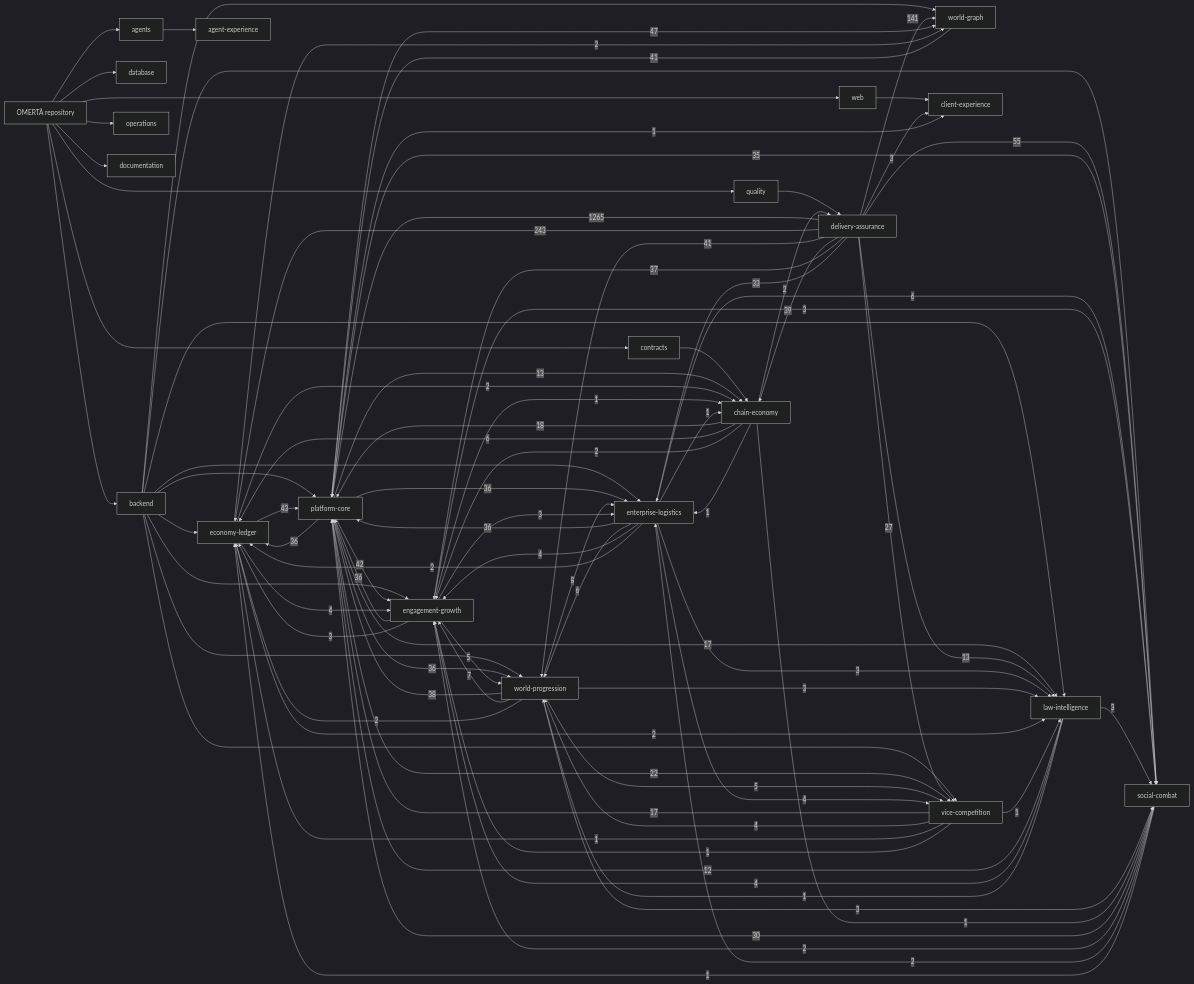
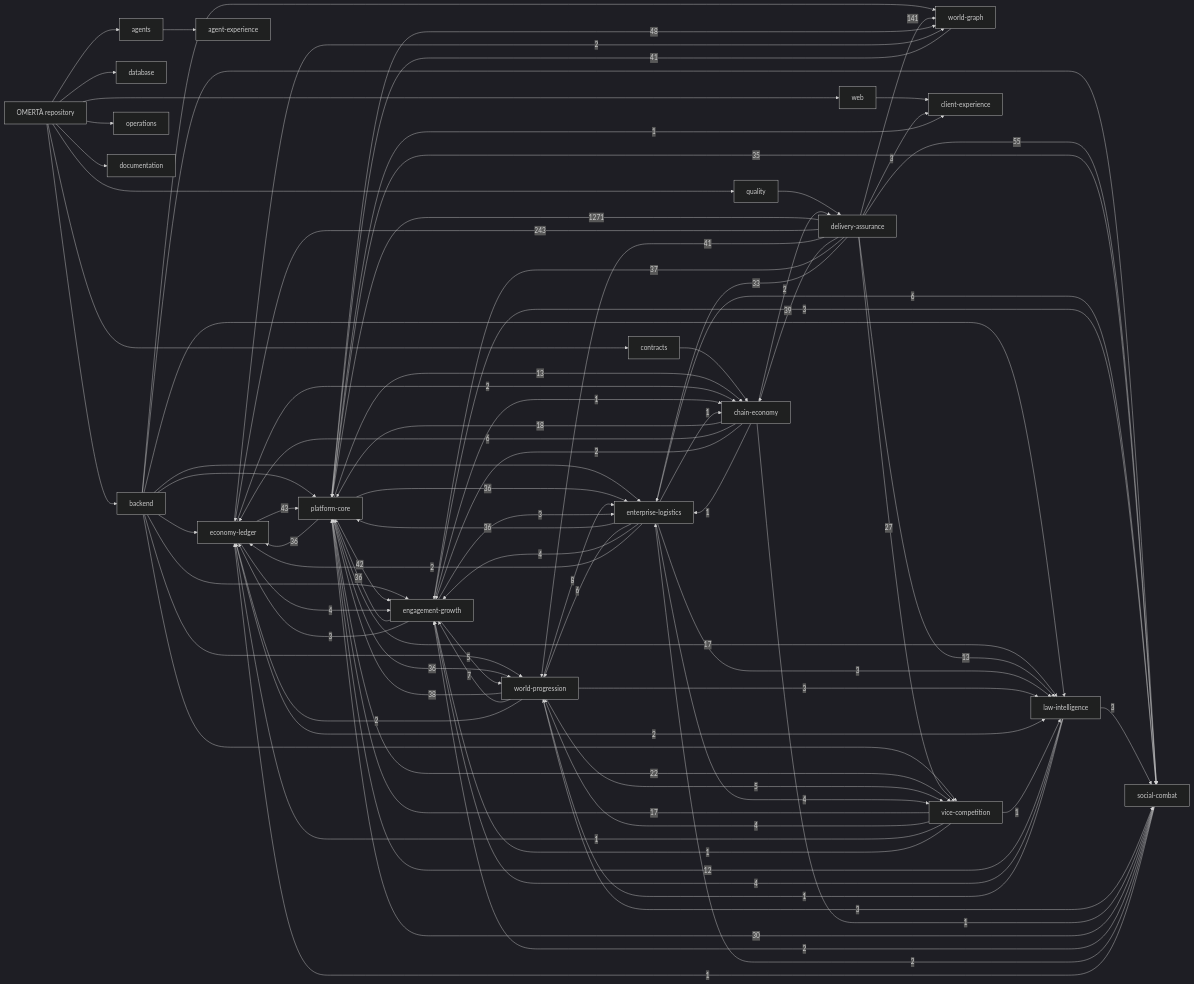
One commit to OmertaDev/Omerta changed the diagram in knowledge/generated/graph.mmd. Above: the diagram before and after it, drawn with Mermaid (dark theme). The commit also changed 8 other files, not shown here.

```diff
--- a/knowledge/generated/graph.mmd
+++ b/knowledge/generated/graph.mmd
@@ -1,111 +1,111 @@
 flowchart LR
   repo["OMERTÀ repository"]
   sub_backend["backend"]
   repo --> sub_backend
   sub_database["database"]
   repo --> sub_database
   sub_web["web"]
   repo --> sub_web
   sub_contracts["contracts"]
   repo --> sub_contracts
   sub_agents["agents"]
   repo --> sub_agents
   sub_quality["quality"]
   repo --> sub_quality
   sub_operations["operations"]
   repo --> sub_operations
   sub_documentation["documentation"]
   repo --> sub_documentation
   dom_platform-core["platform-core"]
   dom_economy-ledger["economy-ledger"]
   dom_social-combat["social-combat"]
   dom_world-progression["world-progression"]
   dom_world-graph["world-graph"]
   dom_enterprise-logistics["enterprise-logistics"]
   dom_vice-competition["vice-competition"]
   dom_law-intelligence["law-intelligence"]
   dom_chain-economy["chain-economy"]
   dom_engagement-growth["engagement-growth"]
   dom_client-experience["client-experience"]
   dom_agent-experience["agent-experience"]
   dom_delivery-assurance["delivery-assurance"]
   sub_agents --> dom_agent-experience
   sub_backend --> dom_economy-ledger
   sub_backend --> dom_engagement-growth
   sub_backend --> dom_enterprise-logistics
   sub_backend --> dom_law-intelligence
   sub_backend --> dom_platform-core
   sub_backend --> dom_social-combat
   sub_backend --> dom_vice-competition
   sub_backend --> dom_world-graph
   sub_backend --> dom_world-progression
   sub_contracts --> dom_chain-economy
   sub_quality --> dom_delivery-assurance
   sub_web --> dom_client-experience
-  dom_delivery-assurance -->|1265| dom_platform-core
+  dom_delivery-assurance -->|1271| dom_platform-core
   dom_delivery-assurance -->|243| dom_economy-ledger
   dom_delivery-assurance -->|141| dom_world-graph
   dom_delivery-assurance -->|55| dom_social-combat
-  dom_platform-core -->|47| dom_world-graph
+  dom_platform-core -->|48| dom_world-graph
   dom_economy-ledger -->|43| dom_platform-core
   dom_platform-core -->|42| dom_engagement-growth
   dom_delivery-assurance -->|41| dom_world-progression
   dom_world-graph -->|41| dom_platform-core
   dom_delivery-assurance -->|39| dom_chain-economy
   dom_world-progression -->|38| dom_platform-core
   dom_delivery-assurance -->|37| dom_engagement-growth
   dom_engagement-growth -->|36| dom_platform-core
   dom_enterprise-logistics -->|36| dom_platform-core
   dom_platform-core -->|36| dom_economy-ledger
   dom_platform-core -->|36| dom_enterprise-logistics
   dom_platform-core -->|36| dom_world-progression
   dom_platform-core -->|35| dom_social-combat
   dom_delivery-assurance -->|33| dom_enterprise-logistics
   dom_social-combat -->|30| dom_platform-core
   dom_delivery-assurance -->|27| dom_vice-competition
   dom_platform-core -->|22| dom_vice-competition
   dom_chain-economy -->|18| dom_platform-core
   dom_platform-core -->|17| dom_law-intelligence
   dom_vice-competition -->|17| dom_platform-core
   dom_delivery-assurance -->|13| dom_law-intelligence
   dom_platform-core -->|13| dom_chain-economy
   dom_law-intelligence -->|12| dom_platform-core
   dom_world-progression -->|8| dom_enterprise-logistics
   dom_world-progression -->|7| dom_engagement-growth
   dom_chain-economy -->|6| dom_economy-ledger
   dom_enterprise-logistics -->|6| dom_social-combat
   dom_enterprise-logistics -->|6| dom_world-progression
   dom_engagement-growth -->|5| dom_world-progression
   dom_world-progression -->|5| dom_vice-competition
   dom_economy-ledger -->|4| dom_engagement-growth
   dom_enterprise-logistics -->|4| dom_engagement-growth
   dom_enterprise-logistics -->|4| dom_vice-competition
   dom_law-intelligence -->|4| dom_engagement-growth
   dom_vice-competition -->|4| dom_world-progression
   dom_delivery-assurance -->|3| dom_client-experience
   dom_engagement-growth -->|3| dom_economy-ledger
   dom_engagement-growth -->|3| dom_enterprise-logistics
   dom_engagement-growth -->|3| dom_social-combat
   dom_enterprise-logistics -->|3| dom_law-intelligence
   dom_law-intelligence -->|3| dom_social-combat
   dom_world-progression -->|3| dom_law-intelligence
   dom_world-progression -->|3| dom_social-combat
   dom_chain-economy -->|2| dom_delivery-assurance
   dom_chain-economy -->|2| dom_engagement-growth
   dom_economy-ledger -->|2| dom_chain-economy
   dom_economy-ledger -->|2| dom_law-intelligence
   dom_economy-ledger -->|2| dom_world-graph
   dom_enterprise-logistics -->|2| dom_economy-ledger
   dom_social-combat -->|2| dom_engagement-growth
   dom_social-combat -->|2| dom_enterprise-logistics
   dom_world-progression -->|2| dom_economy-ledger
   dom_chain-economy -->|1| dom_enterprise-logistics
   dom_chain-economy -->|1| dom_social-combat
   dom_engagement-growth -->|1| dom_chain-economy
   dom_enterprise-logistics -->|1| dom_chain-economy
   dom_law-intelligence -->|1| dom_world-progression
   dom_platform-core -->|1| dom_client-experience
   dom_social-combat -->|1| dom_economy-ledger
   dom_vice-competition -->|1| dom_economy-ledger
   dom_vice-competition -->|1| dom_engagement-growth
   dom_vice-competition -->|1| dom_law-intelligence
```
